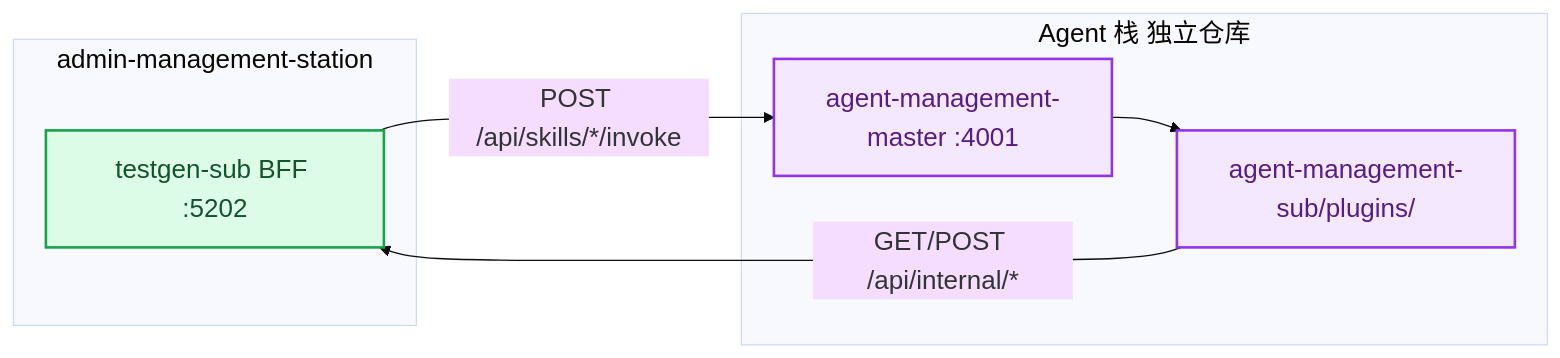
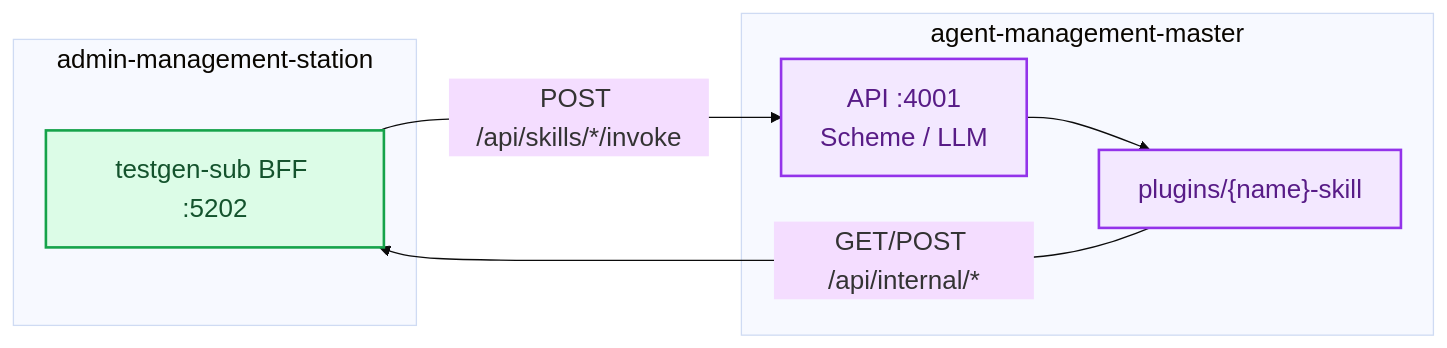
Before and after one commit to InsectYan/admin-management-station: the seventh of 8 diagrams in docs-project/AMS平台架构关系图.md, drawn with Mermaid. The commit also changed other lines of this file and 149 other files, not shown here.

````diff
--- a/docs-project/AMS平台架构关系图.md
+++ b/docs-project/AMS平台架构关系图.md
@@ -251,19 +251,19 @@
 ```mermaid
 %%{init: {'theme':'base', 'themeVariables': {'fontSize':'20px'}}}%%
 flowchart LR
     classDef ams fill:#DCFCE7,stroke:#16A34A,stroke-width:2px,color:#14532D
     classDef agent fill:#F3E8FF,stroke:#9333EA,stroke-width:2px,color:#581C87
 
     subgraph AMSBox["admin-management-station"]
         TG["testgen-sub BFF :5202"]:::ams
     end
 
-    subgraph AgentStack["Agent 栈 独立仓库"]
-        Master["agent-management-master :4001"]:::agent
-        Sub["agent-management-sub/plugins/"]:::agent
+    subgraph AgentStack["agent-management-master"]
+        Master["API :4001<br/>Scheme / LLM"]:::agent
+        Plugins["plugins/{name}-skill"]:::agent
     end
 
     TG -->|"POST /api/skills/*/invoke"| Master
-    Master --> Sub
-    Sub -->|"GET/POST /api/internal/*"| TG
+    Master --> Plugins
+    Plugins -->|"GET/POST /api/internal/*"| TG
 ```
````
